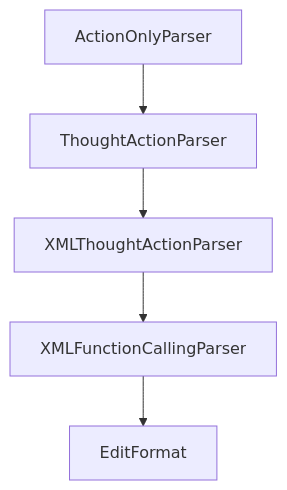
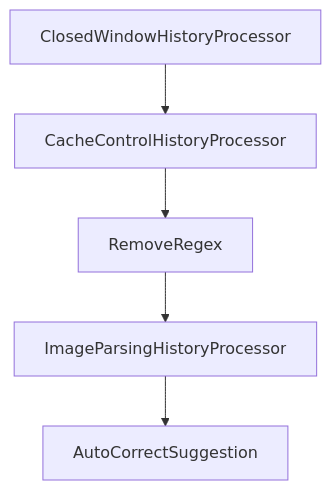
Before and after one commit to johnxie/awesome-code-docs: the diagram in tutorials/swe-agent-tutorial/08-production-operations-and-governance.md, drawn with Mermaid. The commit also changed other lines of this file and 1232 other files, not shown here.

````diff
--- a/tutorials/swe-agent-tutorial/08-production-operations-and-governance.md
+++ b/tutorials/swe-agent-tutorial/08-production-operations-and-governance.md
@@ -213,12 +211,12 @@
 ```mermaid
 flowchart TD
-    A[ActionOnlyParser]
-    B[ThoughtActionParser]
-    C[XMLThoughtActionParser]
-    D[XMLFunctionCallingParser]
-    E[EditFormat]
+    A[ClosedWindowHistoryProcessor]
+    B[CacheControlHistoryProcessor]
+    C[RemoveRegex]
+    D[ImageParsingHistoryProcessor]
+    E[AutoCorrectSuggestion]
     A --> B
     B --> C
     C --> D
     D --> E
 ```
````
